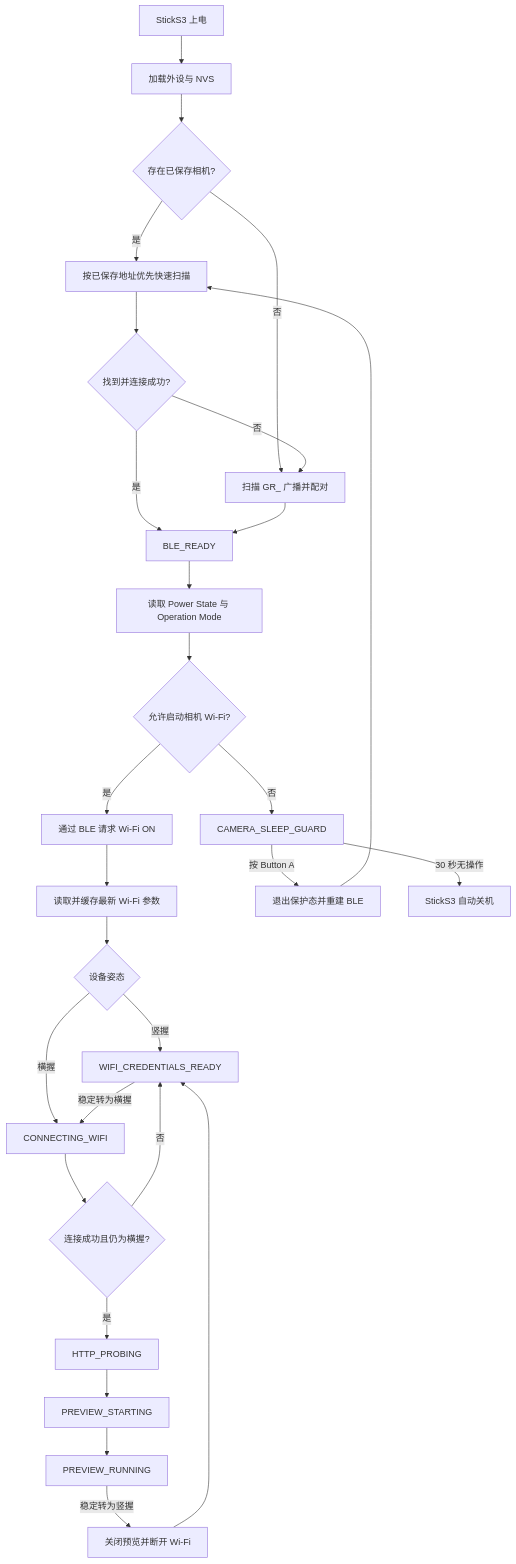
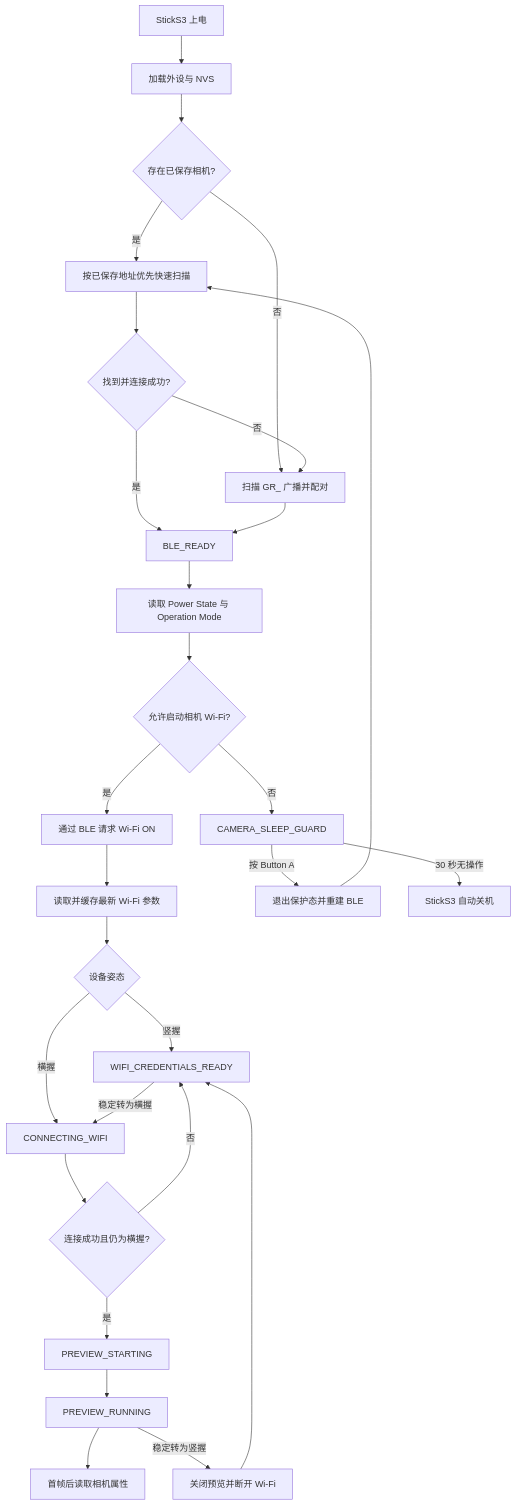
One commit to sky18Dragon/RICOH-GR-Live-View-Shooting changed the diagram in README.md. Above: the diagram before and after it, drawn with Mermaid. The commit also changed other lines of this file and 32 other files, not shown here.

````diff
--- a/README.md
+++ b/README.md
@@ -152,30 +153,30 @@
 ```mermaid
 flowchart TD
     A[StickS3 上电] --> B[加载外设与 NVS]
     B --> C{存在已保存相机?}
     C -->|是| D[按已保存地址优先快速扫描]
     C -->|否| E[扫描 GR_ 广播并配对]
     D --> F{找到并连接成功?}
     F -->|否| E
     F -->|是| G[BLE_READY]
     E --> G
     G --> H[读取 Power State 与 Operation Mode]
     H --> I{允许启动相机 Wi-Fi?}
     I -->|否| J[CAMERA_SLEEP_GUARD]
     I -->|是| K[通过 BLE 请求 Wi-Fi ON]
     K --> L[读取并缓存最新 Wi-Fi 参数]
     L --> M{设备姿态}
     M -->|竖握| N[WIFI_CREDENTIALS_READY]
     M -->|横握| O[CONNECTING_WIFI]
     N -->|稳定转为横握| O
     O --> P{连接成功且仍为横握?}
     P -->|否| N
-    P -->|是| Q[HTTP_PROBING]
-    Q --> R[PREVIEW_STARTING]
+    P -->|是| R[PREVIEW_STARTING]
     R --> S[PREVIEW_RUNNING]
+    S --> Q[首帧后读取相机属性]
     S -->|稳定转为竖握| T[关闭预览并断开 Wi-Fi]
     T --> N
     J -->|按 Button A| U[退出保护态并重建 BLE]
     J -->|30 秒无操作| V[StickS3 自动关机]
     U --> D
 ```
````
